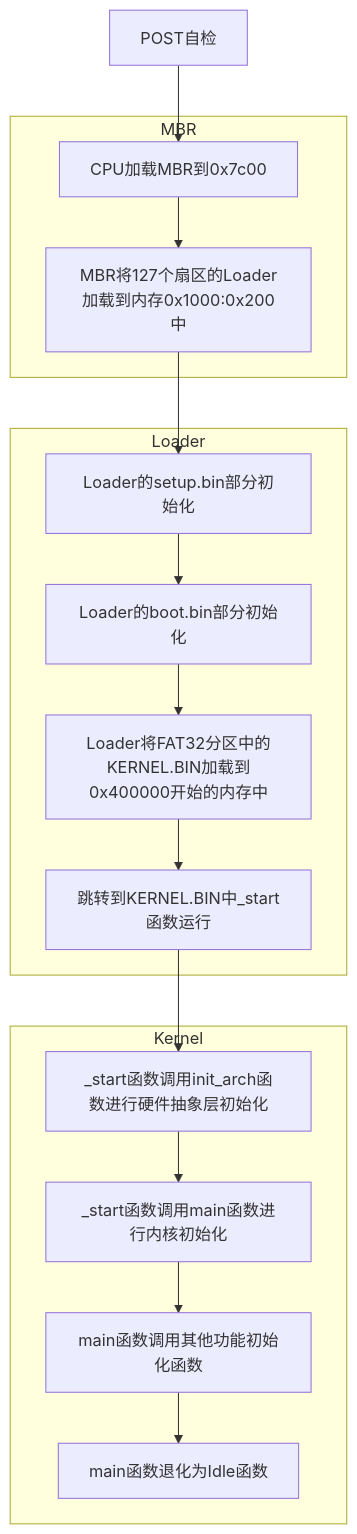
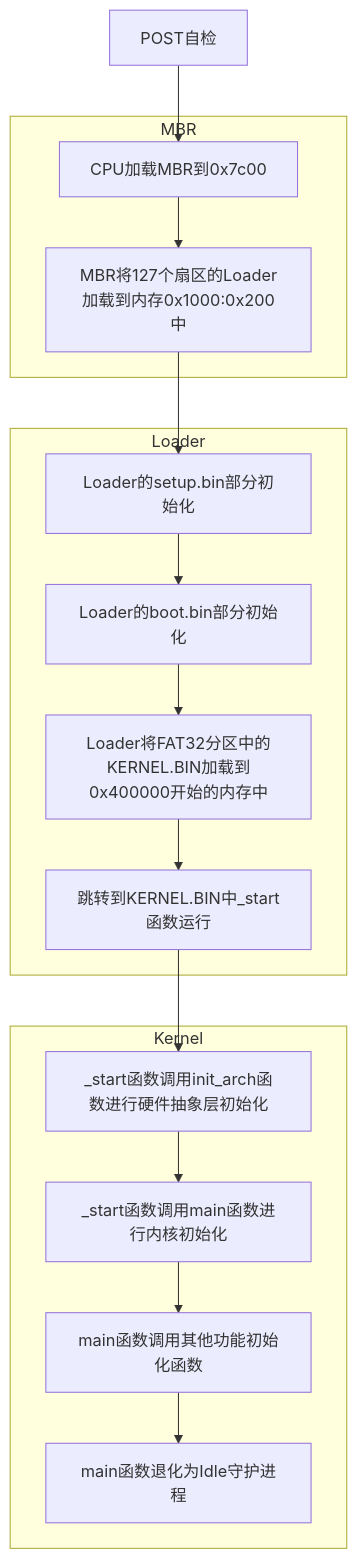
One commit to TrueHuWenjie/CenneoOS changed the diagram in docs/Startup.md. Above: the diagram before and after it, drawn with Mermaid.

````diff
--- a/docs/Startup.md
+++ b/docs/Startup.md
@@ -1,21 +1,21 @@
 ```mermaid
 graph TD;
     POST自检-->CPU加载MBR到0x7c00;
     subgraph MBR
     CPU加载MBR到0x7c00-->MBR将127个扇区的Loader加载到内存0x1000:0x200中;
     end
     subgraph Loader
     MBR将127个扇区的Loader加载到内存0x1000:0x200中
     -->Loader的setup.bin部分初始化-->Loader的boot.bin部分初始化
     -->Loader将FAT32分区中的KERNEL.BIN加载到0x400000开始的内存中
     -->跳转到KERNEL.BIN中_start函数运行;
     end
     subgraph Kernel
     跳转到KERNEL.BIN中_start函数运行
     -->_start函数调用init_arch函数进行硬件抽象层初始化
     -->_start函数调用main函数进行内核初始化
     -->main函数调用其他功能初始化函数
-    -->main函数退化为Idle函数;
+    -->main函数退化为Idle守护进程;
     end
 
 ```
````
